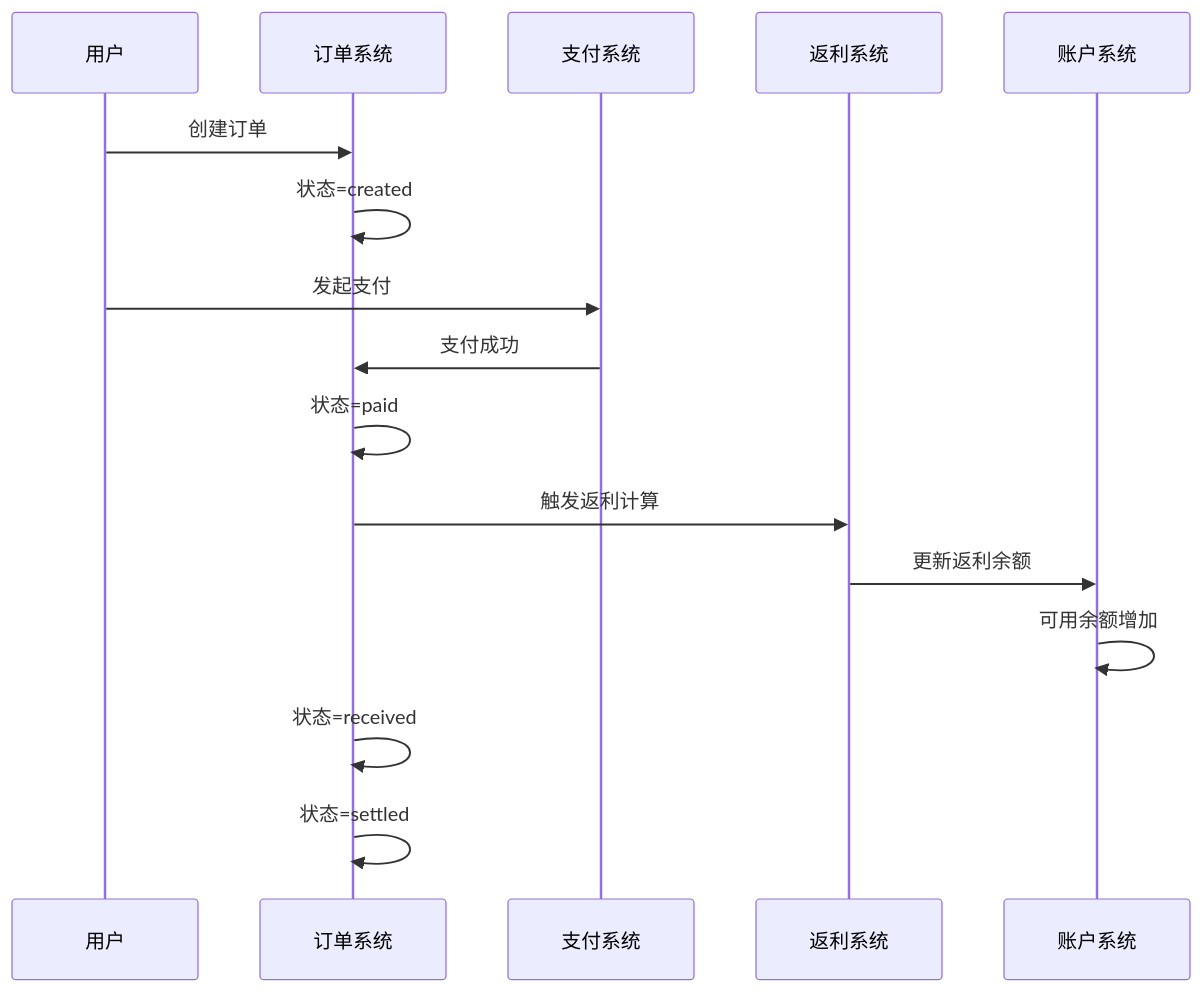
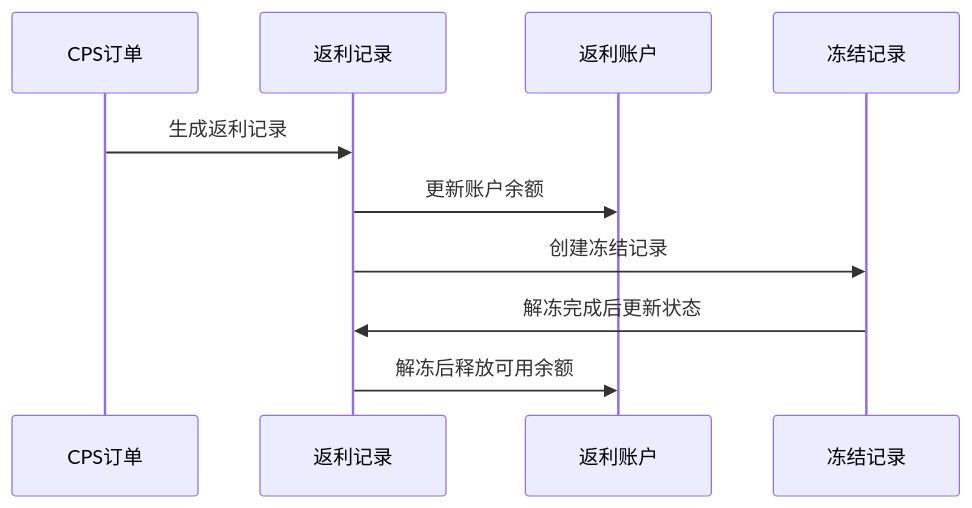
The fourth of 6 diagrams in .qoder/repowiki/zh/content/数据库设计/核心业务表设计/核心业务表设计.md (zhuangpengLI/AgenticCPS), drawn with Mermaid before and after one commit. The commit also changed other lines of this file and 293 other files, not shown here.

````diff
--- a/.qoder/repowiki/zh/content/数据库设计/核心业务表设计/核心业务表设计.md
+++ b/.qoder/repowiki/zh/content/数据库设计/核心业务表设计/核心业务表设计.md
@@ -293,18 +295,12 @@
 ```mermaid
 sequenceDiagram
-participant User as 用户
-participant Order as 订单系统
-participant Payment as 支付系统
-participant Rebate as 返利系统
-participant Account as 账户系统
-User->>Order : 创建订单
-Order->>Order : 状态=created
-User->>Payment : 发起支付
-Payment->>Order : 支付成功
-Order->>Order : 状态=paid
-Order->>Rebate : 触发返利计算
-Rebate->>Account : 更新返利余额
-Account->>Account : 可用余额增加
-Order->>Order : 状态=received
-Order->>Order : 状态=settled
+participant Order as CPS订单
+participant Record as 返利记录
+participant Account as 返利账户
+participant Freeze as 冻结记录
+Order->>Record : 生成返利记录
+Record->>Account : 更新账户余额
+Record->>Freeze : 创建冻结记录
+Freeze->>Record : 解冻完成后更新状态
+Record->>Account : 解冻后释放可用余额
 ```
````
